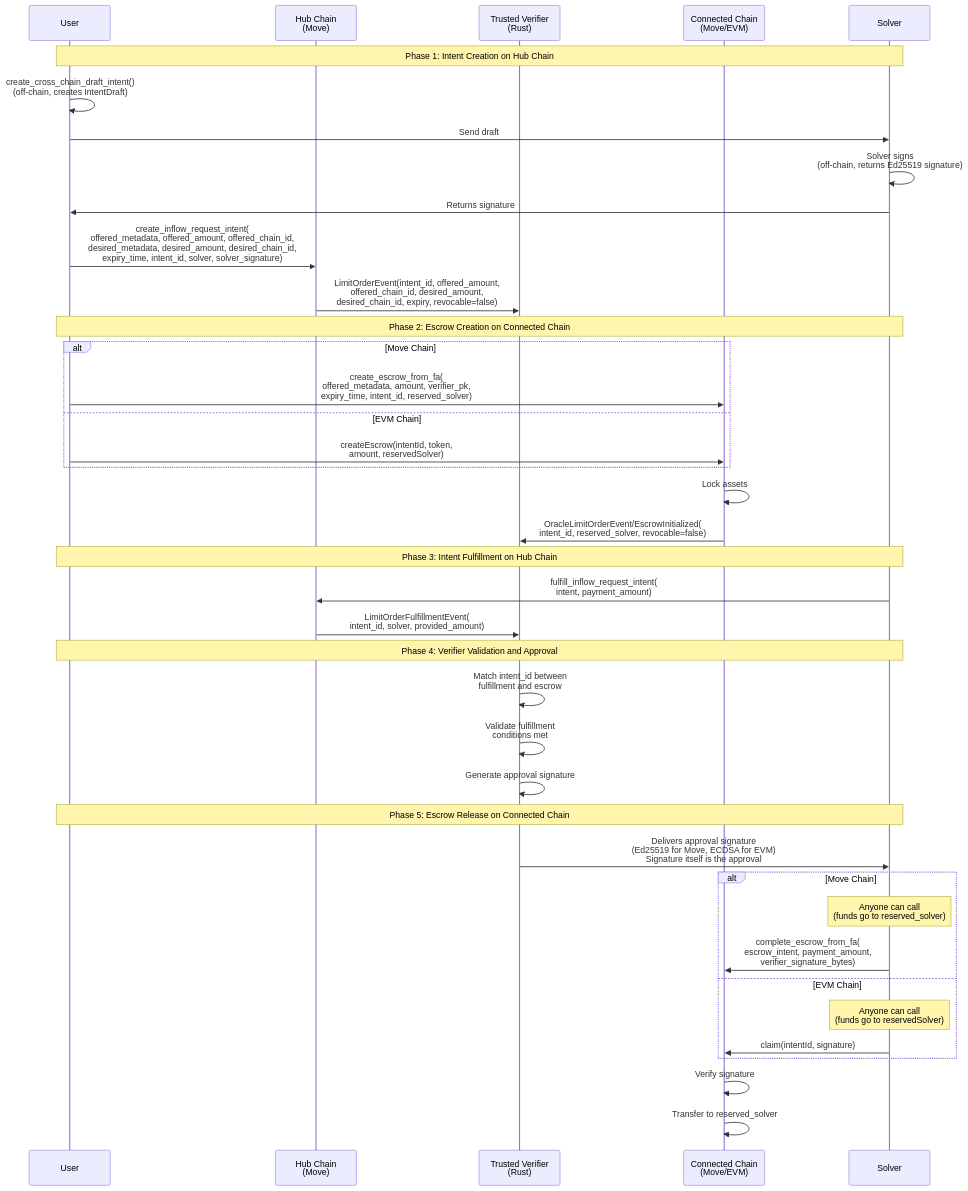
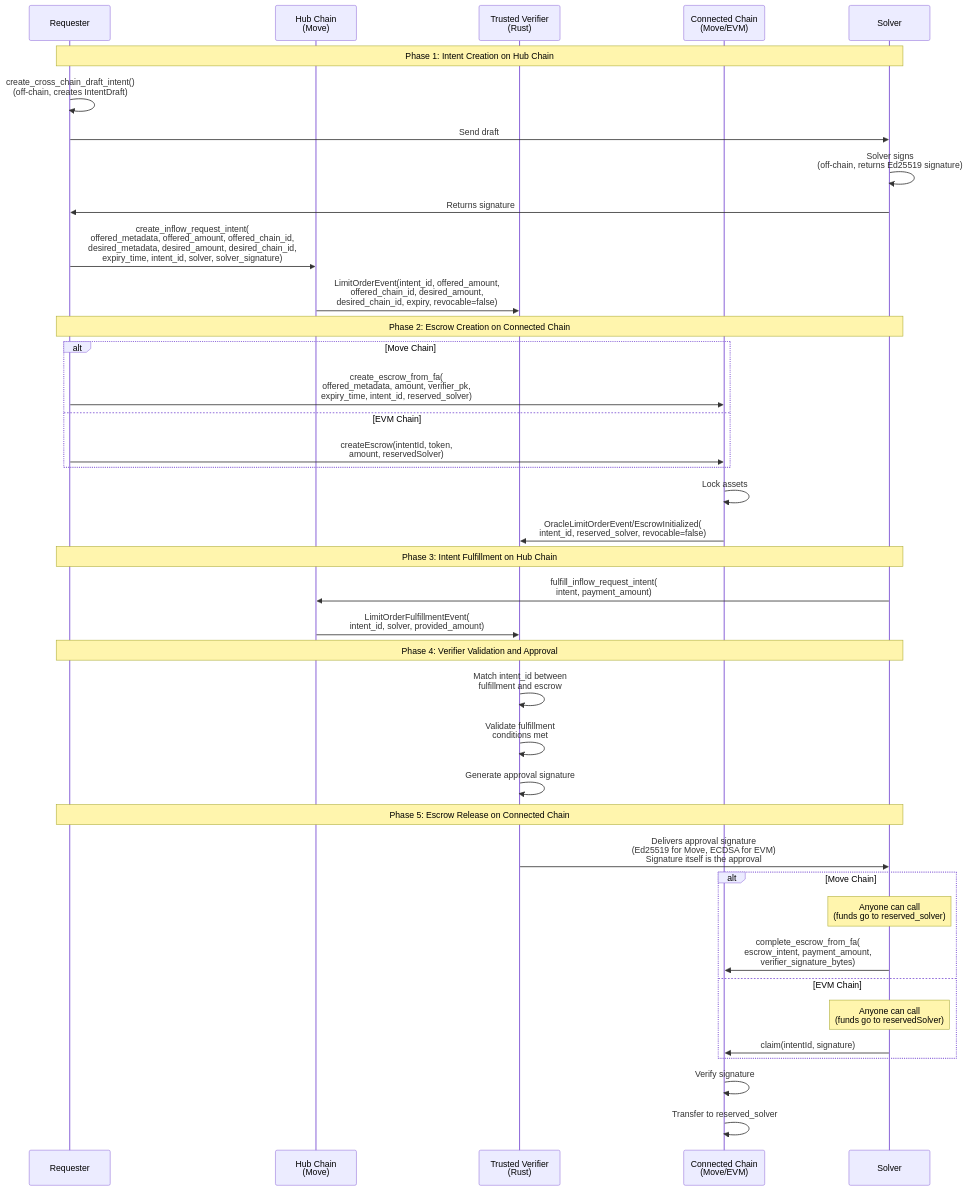
The first of 3 diagrams in docs/protocol.md (movementlabsxyz/intent-framework), drawn with Mermaid before and after one commit. The commit also changed other lines of this file and 24 other files, not shown here.

First line of the commit message:
fix: standardize terminology to 'requester' and restore poll_connected_events method

````diff
--- a/docs/protocol.md
+++ b/docs/protocol.md
@@ -29,46 +29,46 @@
 ```mermaid
 sequenceDiagram
-    participant User
+    participant Requester
     participant Hub as Hub Chain<br/>(Move)
     participant Verifier as Trusted Verifier<br/>(Rust)
     participant Connected as Connected Chain<br/>(Move/EVM)
     participant Solver
 
-    Note over User,Solver: Phase 1: Intent Creation on Hub Chain
-    User->>User: create_cross_chain_draft_intent()<br/>(off-chain, creates IntentDraft)
-    User->>Solver: Send draft
+    Note over Requester,Solver: Phase 1: Intent Creation on Hub Chain
+    Requester->>Requester: create_cross_chain_draft_intent()<br/>(off-chain, creates IntentDraft)
+    Requester->>Solver: Send draft
     Solver->>Solver: Solver signs<br/>(off-chain, returns Ed25519 signature)
-    Solver->>User: Returns signature
-    User->>Hub: create_inflow_request_intent(<br/>offered_metadata, offered_amount, offered_chain_id,<br/>desired_metadata, desired_amount, desired_chain_id,<br/>expiry_time, intent_id, solver, solver_signature)
+    Solver->>Requester: Returns signature
+    Requester->>Hub: create_inflow_request_intent(<br/>offered_metadata, offered_amount, offered_chain_id,<br/>desired_metadata, desired_amount, desired_chain_id,<br/>expiry_time, intent_id, solver, solver_signature)
     Hub->>Verifier: LimitOrderEvent(intent_id, offered_amount,<br/>offered_chain_id, desired_amount,<br/>desired_chain_id, expiry, revocable=false)
 
-    Note over User,Solver: Phase 2: Escrow Creation on Connected Chain
+    Note over Requester,Solver: Phase 2: Escrow Creation on Connected Chain
     alt Move Chain
-        User->>Connected: create_escrow_from_fa(<br/>offered_metadata, amount, verifier_pk,<br/>expiry_time, intent_id, reserved_solver)
+        Requester->>Connected: create_escrow_from_fa(<br/>offered_metadata, amount, verifier_pk,<br/>expiry_time, intent_id, reserved_solver)
     else EVM Chain
-        User->>Connected: createEscrow(intentId, token,<br/>amount, reservedSolver)
+        Requester->>Connected: createEscrow(intentId, token,<br/>amount, reservedSolver)
     end
     Connected->>Connected: Lock assets
     Connected->>Verifier: OracleLimitOrderEvent/EscrowInitialized(<br/>intent_id, reserved_solver, revocable=false)
 
-    Note over User,Solver: Phase 3: Intent Fulfillment on Hub Chain
+    Note over Requester,Solver: Phase 3: Intent Fulfillment on Hub Chain
     Solver->>Hub: fulfill_inflow_request_intent(<br/>intent, payment_amount)
     Hub->>Verifier: LimitOrderFulfillmentEvent(<br/>intent_id, solver, provided_amount)
 
-    Note over User,Solver: Phase 4: Verifier Validation and Approval
+    Note over Requester,Solver: Phase 4: Verifier Validation and Approval
     Verifier->>Verifier: Match intent_id between<br/>fulfillment and escrow
     Verifier->>Verifier: Validate fulfillment<br/>conditions met
     Verifier->>Verifier: Generate approval signature
 
-    Note over User,Solver: Phase 5: Escrow Release on Connected Chain
+    Note over Requester,Solver: Phase 5: Escrow Release on Connected Chain
     Verifier->>Solver: Delivers approval signature<br/>(Ed25519 for Move, ECDSA for EVM)<br/>Signature itself is the approval
     alt Move Chain
         Note over Solver: Anyone can call<br/>(funds go to reserved_solver)
         Solver->>Connected: complete_escrow_from_fa(<br/>escrow_intent, payment_amount,<br/>verifier_signature_bytes)
     else EVM Chain
         Note over Solver: Anyone can call<br/>(funds go to reservedSolver)
         Solver->>Connected: claim(intentId, signature)
     end
     Connected->>Connected: Verify signature
     Connected->>Connected: Transfer to reserved_solver
 ```
````
